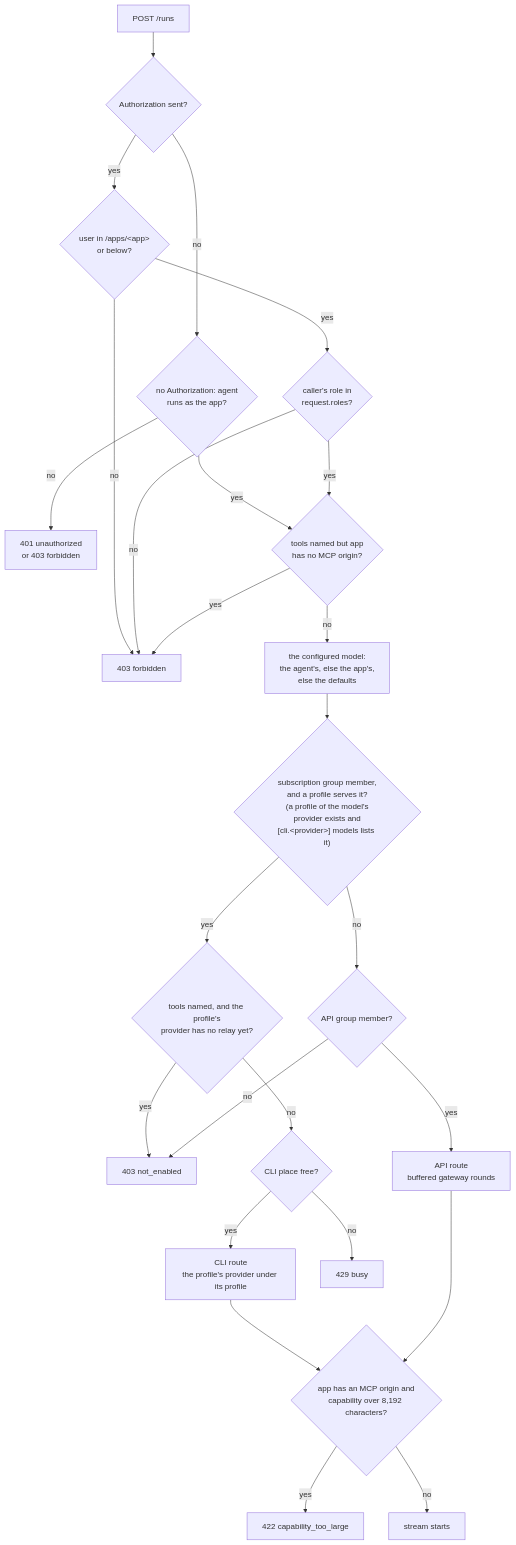
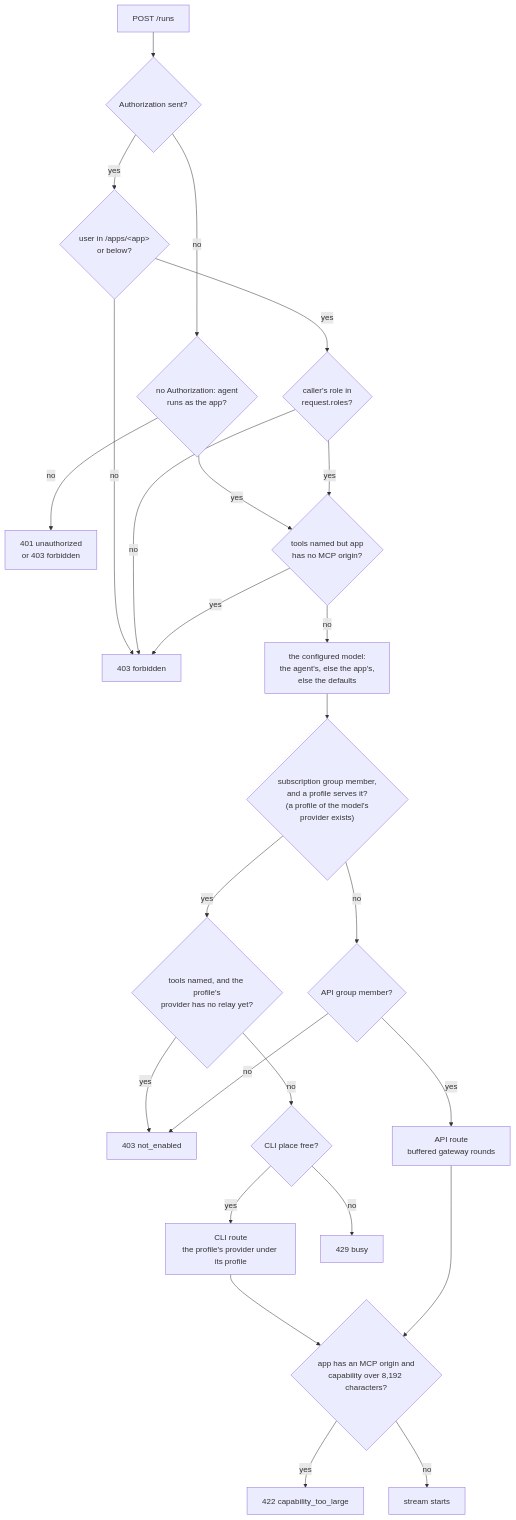
The second of 2 diagrams in docs/ARCHITECTURE.md (overnightworks/agent-runtime), drawn with Mermaid before and after one commit. The commit also changed 16 other files, not shown here.

````diff
--- a/docs/ARCHITECTURE.md
+++ b/docs/ARCHITECTURE.md
@@ -64,27 +64,27 @@
 ```mermaid
 flowchart TB
     request["POST /runs"] --> credential{"Authorization sent?"}
     credential -->|no| own{"no Authorization: agent<br/>runs as the app?"}
     own -->|no| refused["401 unauthorized<br/>or 403 forbidden"]
     own -->|yes| tools
     credential -->|yes| gate{"user in /apps/&lt;app&gt;<br/>or below?"}
     gate -->|no| forbidden["403 forbidden"]
     gate -->|yes| role{"caller's role in<br/>request.roles?"}
     role -->|no| forbidden
     role -->|yes| tools{"tools named but app<br/>has no MCP origin?"}
     tools -->|yes| forbidden
     tools -->|no| model["the configured model:<br/>the agent's, else the app's,<br/>else the defaults"]
-    model --> subscription{"subscription group member,<br/>and a profile serves it?<br/>(a profile of the model's<br/>provider exists and<br/>[cli.&lt;provider&gt;] models lists it)"}
+    model --> subscription{"subscription group member,<br/>and a profile serves it?<br/>(a profile of the model's<br/>provider exists)"}
     subscription -->|yes| relay{"tools named, and the profile's<br/>provider has no relay yet?"}
     relay -->|yes| notenabled
     relay -->|no| slot{"CLI place free?"}
     slot -->|yes| cli["CLI route<br/>the profile's provider under its profile"]
     slot -->|no| busy["429 busy"]
     subscription -->|no| api{"API group member?"}
     api -->|yes| paid["API route<br/>buffered gateway rounds"]
     api -->|no| notenabled["403 not_enabled"]
     cli --> size{"app has an MCP origin and<br/>capability over 8,192 characters?"}
     paid --> size
     size -->|yes| toolarge["422 capability_too_large"]
     size -->|no| run["stream starts"]
 ```
````
